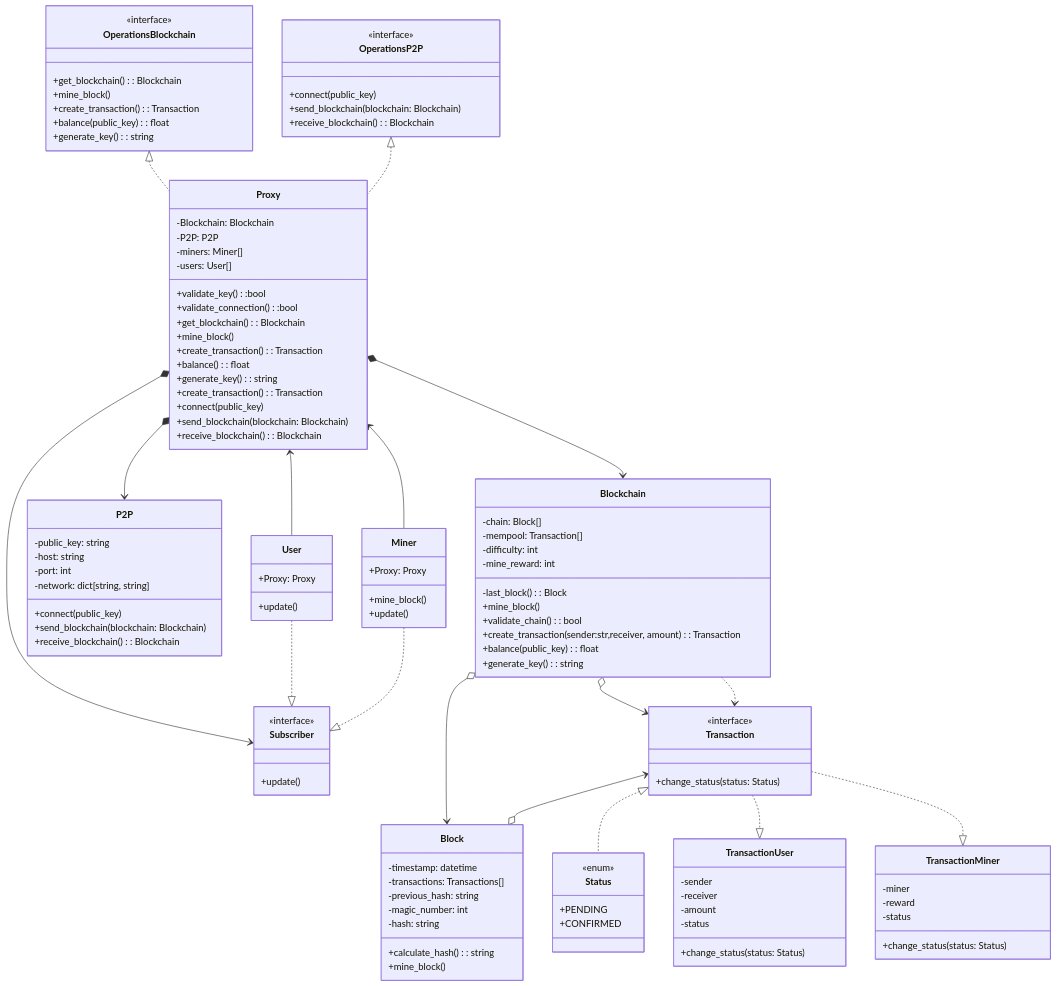
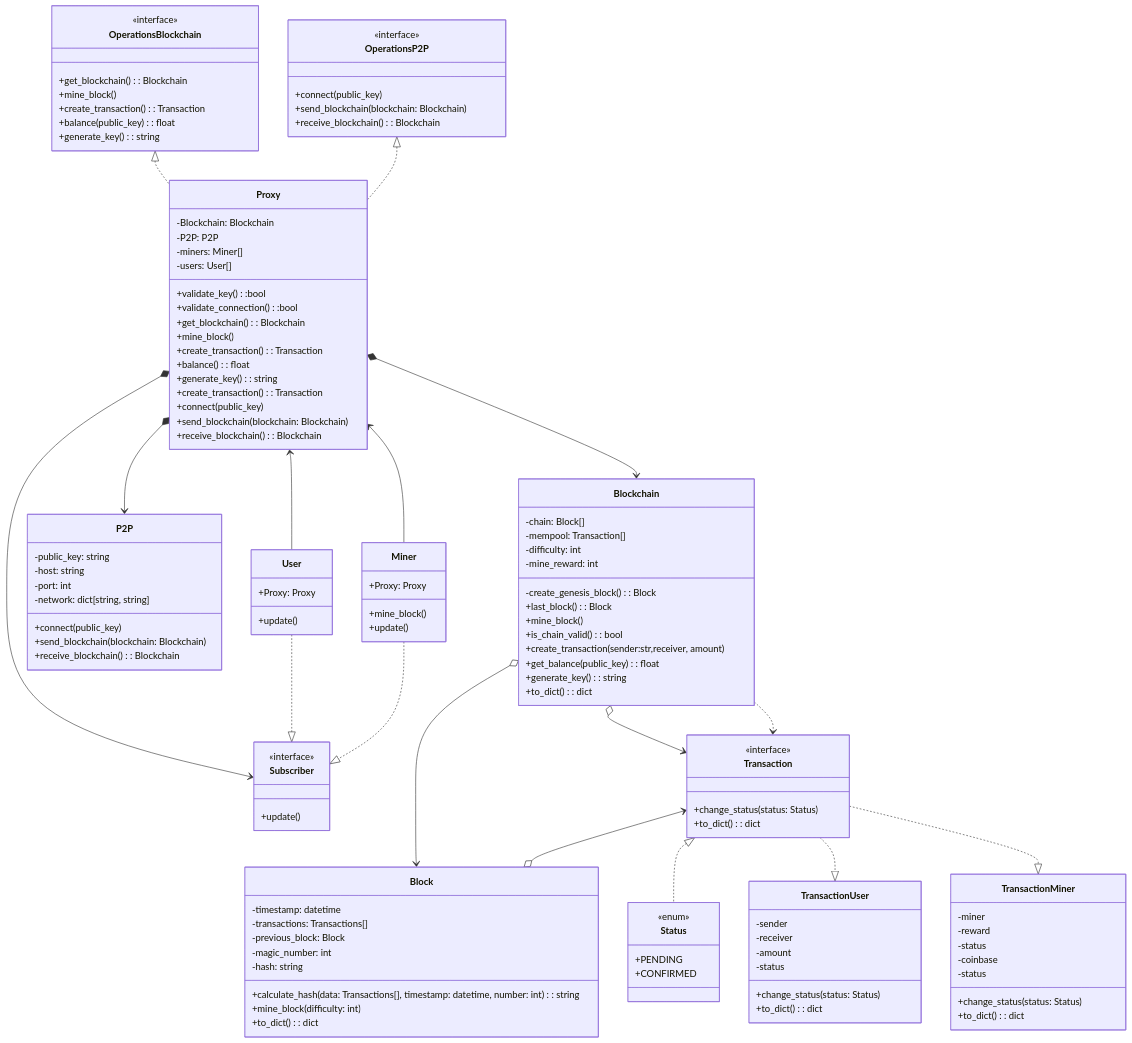
Before and after one commit to Salvador025/Crypto: the diagram in UML.md, drawn with Mermaid. The commit also changed 1 other file, not shown here.

Commit message:
some changes in UML: new methods and inputs of methods. Blockchain.py: creation of every class that has a relation with Blockchain except Proxy

```diff
--- a/UML.md
+++ b/UML.md
@@ -43,12 +43,14 @@
         -mempool: Transaction[]
         -difficulty: int
         -mine_reward: int
-        -last_block(): Block
+        -create_genesis_block(): Block
+        +last_block(): Block
         +mine_block()
-        +validate_chain(): bool
-        +create_transaction(sender:str,receiver, amount): Transaction
-        +balance(public_key): float
+        +is_chain_valid(): bool
+        +create_transaction(sender:str,receiver, amount)
+        +get_balance(public_key): float
         +generate_key(): string
+        +to_dict(): dict
     }
 
     class P2P{
@@ -80,17 +82,18 @@
     class Block{
         -timestamp: datetime
         -transactions: Transactions[]
-        -previous_hash: string
+        -previous_block: Block
         -magic_number: int
         -hash: string
-
-        +calculate_hash(): string
-        +mine_block()
+        +calculate_hash(data: Transactions[], timestamp: datetime, number: int): string
+        +mine_block(difficulty: int)
+        +to_dict(): dict
     }
 
     class Transaction{
         <<interface>>
         +change_status(status: Status)
+        +to_dict(): dict
     }
 
     class Status{
@@ -105,13 +108,17 @@
         -amount
         -status
         +change_status(status: Status)
+        +to_dict(): dict
     }
 
     class TransactionMiner{
         -miner
         -reward
         -status
+        -coinbase
+        -status
         +change_status(status: Status)
+        +to_dict(): dict
     }
 
     
```
